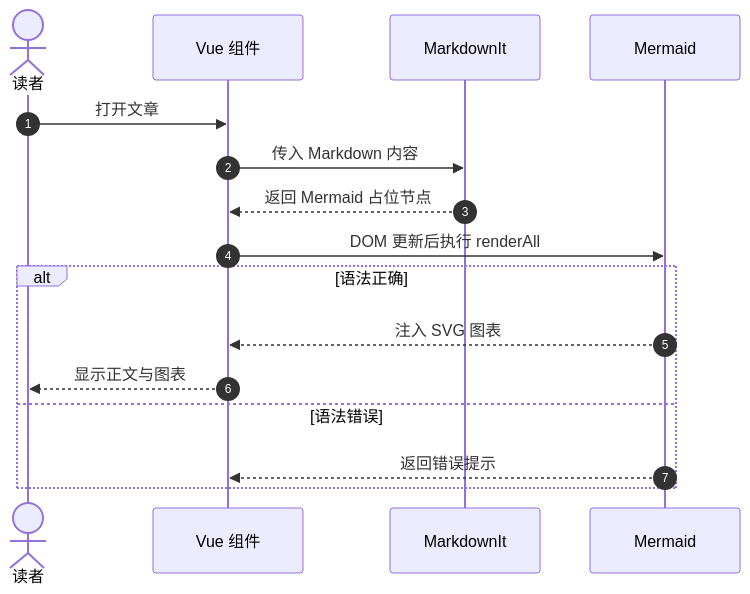
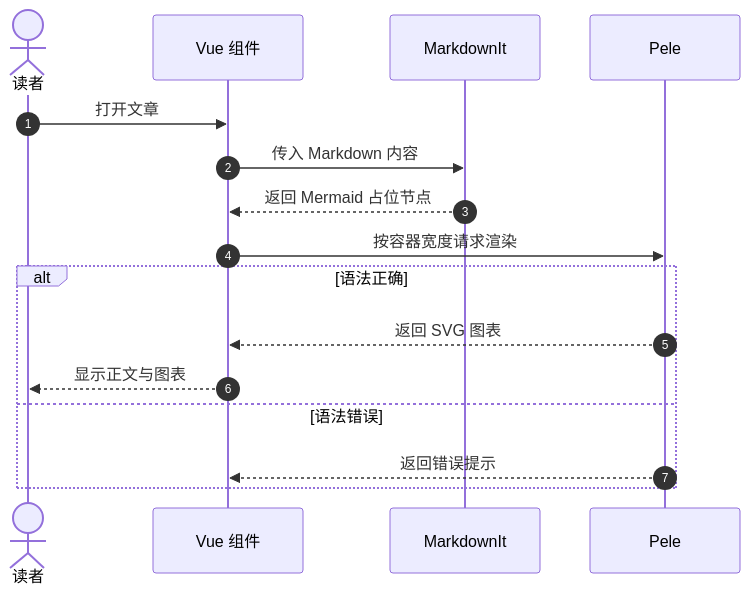
Before and after one commit to KoMoriSam/MoriWebsite: the second of 35 diagrams in src/views/test/MarkdownSample.md, drawn with Mermaid. The commit also changed other lines of this file and 5 other files, not shown here.

Commit message:
refactor: 将 Mermaid 渲染切换到 Pele

````diff
--- a/src/views/test/MarkdownSample.md
+++ b/src/views/test/MarkdownSample.md
@@ -794,18 +794,18 @@
 ```mermaid
 sequenceDiagram
   autonumber
   actor User as 读者
   participant Vue as Vue 组件
   participant MD as MarkdownIt
-  participant Mermaid as Mermaid
+  participant Pele as Pele
   User->>Vue: 打开文章
   Vue->>MD: 传入 Markdown 内容
   MD-->>Vue: 返回 Mermaid 占位节点
-  Vue->>Mermaid: DOM 更新后执行 renderAll
+  Vue->>Pele: 按容器宽度请求渲染
   alt 语法正确
-    Mermaid-->>Vue: 注入 SVG 图表
+    Pele-->>Vue: 返回 SVG 图表
     Vue-->>User: 显示正文与图表
   else 语法错误
-    Mermaid-->>Vue: 返回错误提示
+    Pele-->>Vue: 返回错误提示
   end
 ```
````
